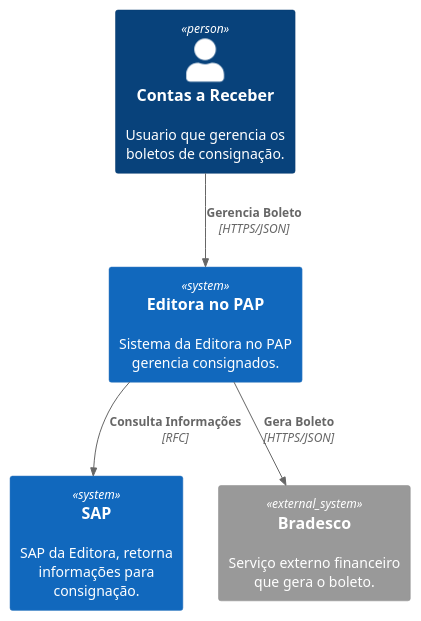
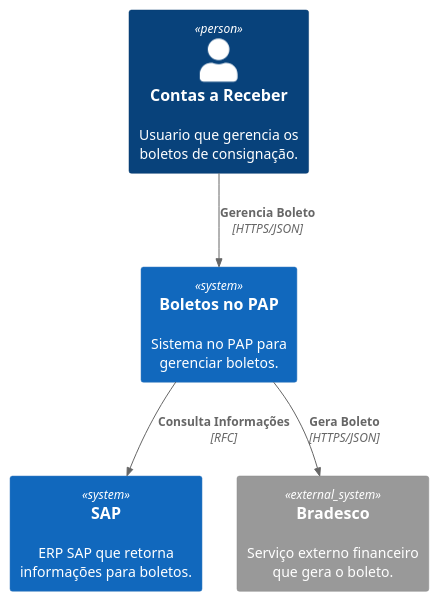
The diagram in docs/Context.puml (samoryfiotec/Editora), drawn with PlantUML before and after one commit. The commit also changed 5 other files, not shown here.

Commit message:
Atualiza diagramas de container e contexto com novas definições e relações; adiciona wireframe para emissão de boleto bancário.

```diff
--- a/docs/Context.puml
+++ b/docs/Context.puml
@@ -1,15 +1,15 @@
 @startuml EditoraConsignadoContext
 !includeurl https://raw.githubusercontent.com/plantuml-stdlib/C4-PlantUML/master/C4_Context.puml
 
 AddRelTag("sync", $textColor="black", $lineColor="black", $lineStyle="dashed")
 
 Person(contas, "Contas a Receber", "Usuario que gerencia os boletos de consignação.")
-System(PAP, "Editora no PAP", "Sistema da Editora no PAP gerencia consignados.")
-System(SAP, "SAP", "SAP da Editora, retorna informações para consignação.")
+System(PAP, "Boletos no PAP", "Sistema no PAP para gerenciar boletos.")
+System(SAP, "SAP", "ERP SAP que retorna informações para boletos.")
 System_Ext(servicoFinanceiro, "Bradesco", "Serviço externo financeiro que gera o boleto.")
 
 Rel(contas, PAP, "Gerencia Boleto", "HTTPS/JSON")
 Rel(PAP, servicoFinanceiro, "Gera Boleto", "HTTPS/JSON")
 Rel(PAP, SAP, "Consulta Informações", "RFC")
 
 @enduml
```
